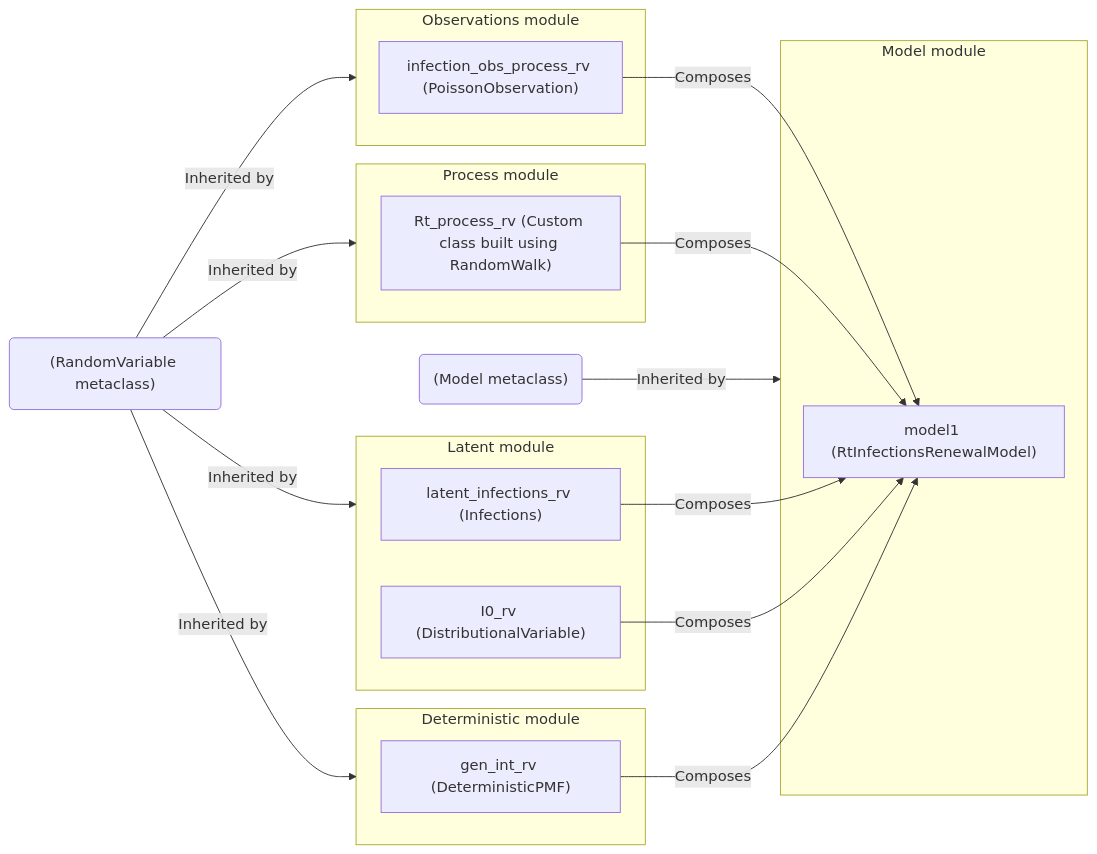
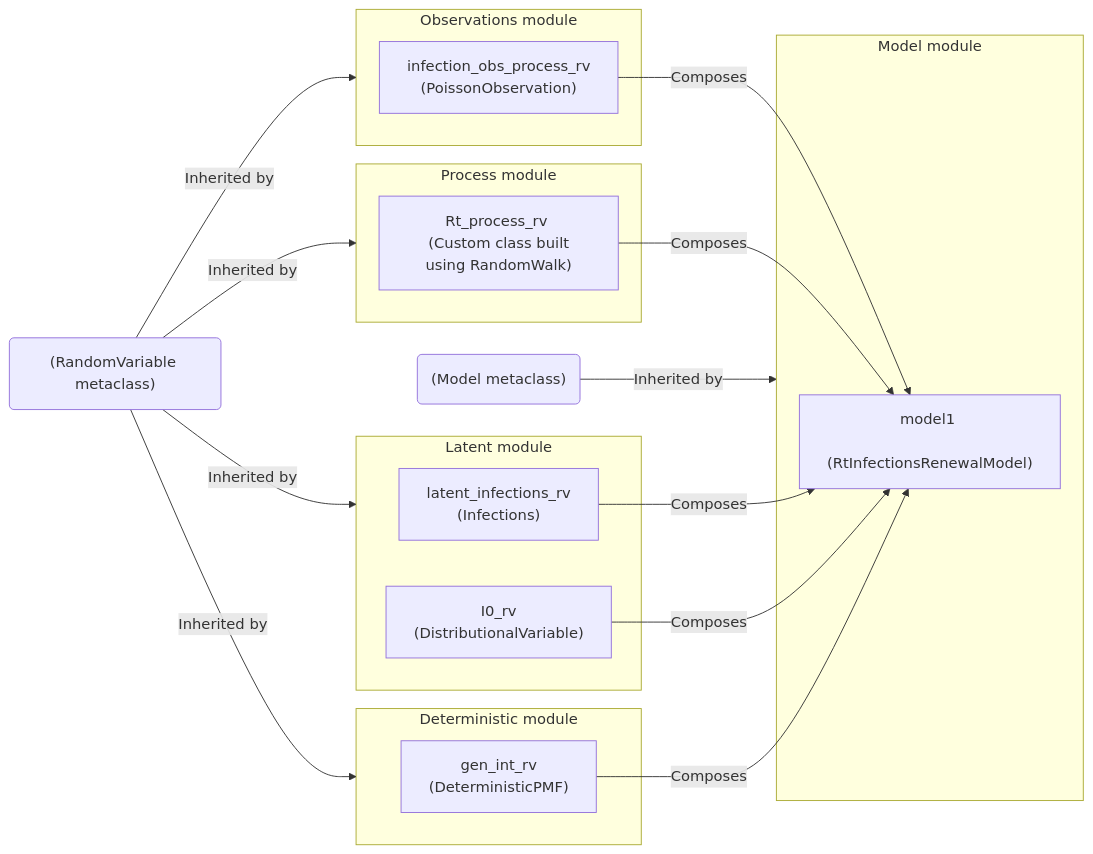
The diagram in docs/tutorials/basic_renewal_model.qmd (CDCgov/PyRenew), drawn with Mermaid before and after one commit. The commit also changed other lines of this file and 1 other file, not shown here.

````diff
--- a/docs/tutorials/basic_renewal_model.qmd
+++ b/docs/tutorials/basic_renewal_model.qmd
@@ -49,39 +49,39 @@
 ```mermaid
 flowchart LR
 
     rand("(RandomVariable metaclass)")
     models("(Model metaclass)")
 
     subgraph observations["Observations module"]
-        obs["infection_obs_process_rv (PoissonObservation)"]
+        obs["infection_obs_process_rv <br> (PoissonObservation)"]
     end
 
     subgraph latent["Latent module"]
-        inf["latent_infections_rv (Infections)"]
-        i0["I0_rv (DistributionalVariable)"]
+        inf["latent_infections_rv <br> (Infections)"]
+        i0["I0_rv <br> (DistributionalVariable)"]
     end
 
     subgraph process["Process module"]
-        rt["Rt_process_rv (Custom class built using RandomWalk)"]
+        rt["Rt_process_rv <br> (Custom class built using RandomWalk)"]
     end
 
     subgraph deterministic["Deterministic module"]
-        detpmf["gen_int_rv (DeterministicPMF)"]
+        detpmf["gen_int_rv <br> (DeterministicPMF)"]
     end
 
     subgraph model[Model module]
-        model1["model1 (RtInfectionsRenewalModel)"]
+        model1["model1 <br> (RtInfectionsRenewalModel)"]
     end
 
     rand-->|Inherited by|observations
     rand-->|Inherited by|process
     rand-->|Inherited by|latent
     rand-->|Inherited by|deterministic
     models-->|Inherited by|model
 
     detpmf-->|Composes|model1
     i0-->|Composes|model1
     rt-->|Composes|model1
     obs-->|Composes|model1
     inf-->|Composes|model1
 ```
````
